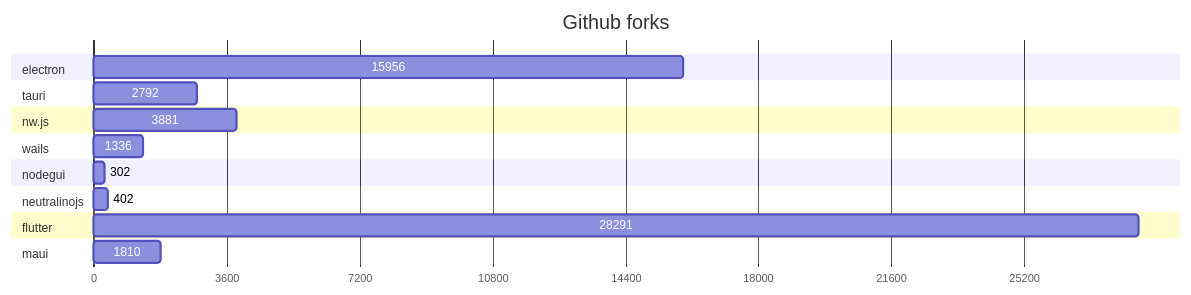
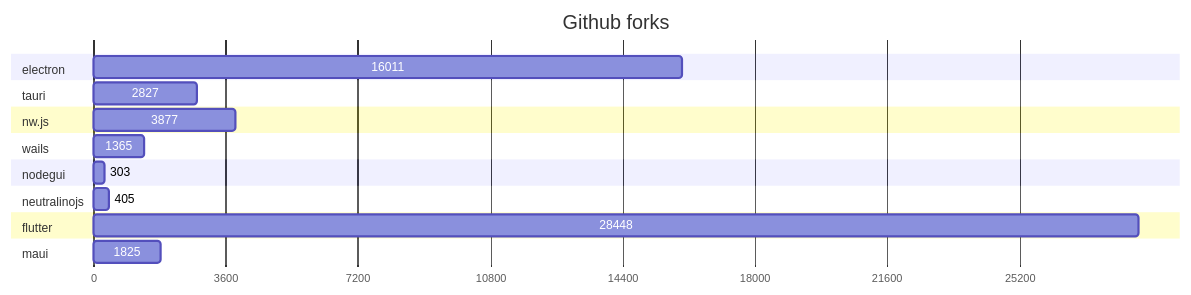
The second of 2 diagrams in GRAPHS.md (Elanis/web-to-desktop-framework-comparison), drawn with Mermaid before and after one commit. The commit also changed other lines of this file and 2 other files, not shown here.

Commit message:
Update stars & Fork

````diff
--- a/GRAPHS.md
+++ b/GRAPHS.md
@@ -47,40 +47,40 @@
 ```mermaid
 gantt
     title Github forks
     dateFormat  X
     axisFormat %s
 
 
 	section electron
-	15956 : 0, 15956
+	16011 : 0, 16011
 
 	
 	section tauri
-	2792 : 0, 2792
+	2827 : 0, 2827
 
 	
 	section nw.js
-	3881 : 0, 3881
+	3877 : 0, 3877
 
 	
 	section wails
-	1336 : 0, 1336
+	1365 : 0, 1365
 
 	
 	section nodegui
-	302 : 0, 302
+	303 : 0, 303
 
 	
 	section neutralinojs
-	402 : 0, 402
+	405 : 0, 405
 
 	
 	section flutter
-	28291 : 0, 28291
+	28448 : 0, 28448
 
 	
 	section maui
-	1810 : 0, 1810
+	1825 : 0, 1825
 
 	
 ```
````
